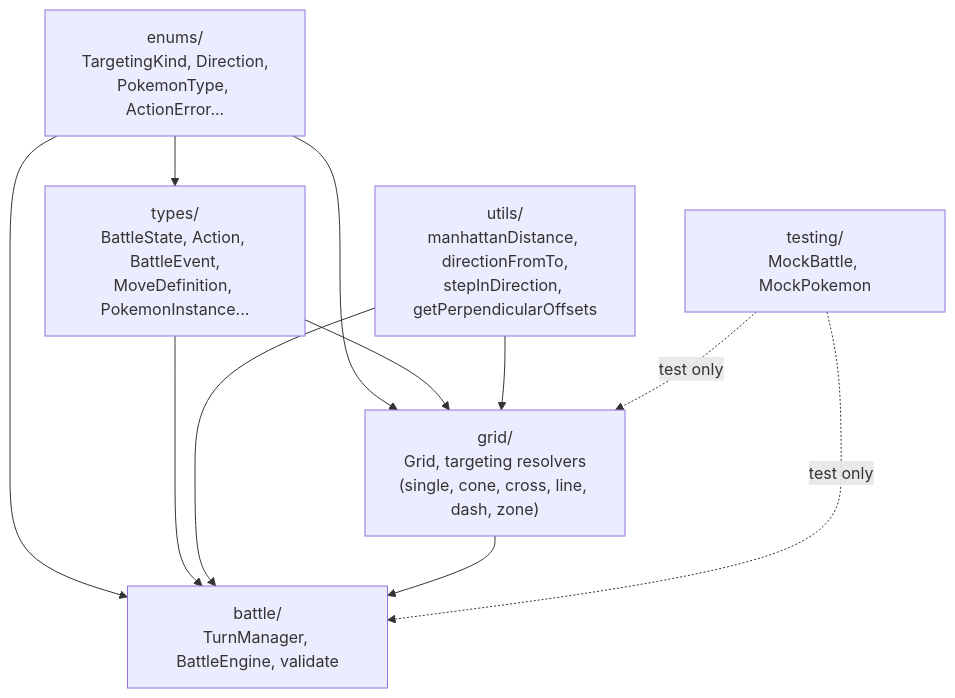
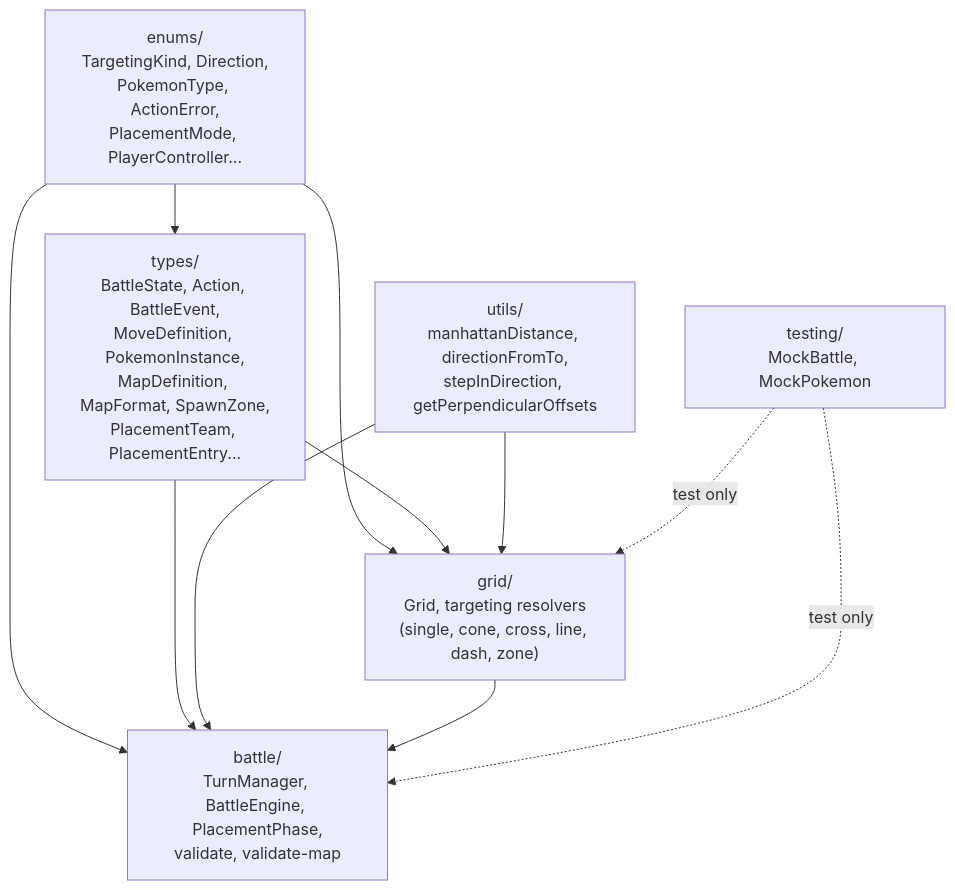
One commit to kekel87/pokemon-tactics changed the second of 4 diagrams in docs/architecture.md. Above: the diagram before and after it, drawn with Mermaid. The commit also changed other lines of this file and 35 other files, not shown here.

Commit message:
feat(core,renderer): carte avec zones de spawn et placement interactif en alternance serpent (plan 013)

````diff
--- a/docs/architecture.md
+++ b/docs/architecture.md
@@ -147,20 +147,20 @@
 ```mermaid
 graph TD
-    enums["enums/<br/>TargetingKind, Direction,<br/>PokemonType, ActionError..."]
-    types["types/<br/>BattleState, Action, BattleEvent,<br/>MoveDefinition, PokemonInstance..."]
+    enums["enums/<br/>TargetingKind, Direction,<br/>PokemonType, ActionError,<br/>PlacementMode, PlayerController..."]
+    types["types/<br/>BattleState, Action, BattleEvent,<br/>MoveDefinition, PokemonInstance,<br/>MapDefinition, MapFormat, SpawnZone,<br/>PlacementTeam, PlacementEntry..."]
     utils["utils/<br/>manhattanDistance, directionFromTo,<br/>stepInDirection, getPerpendicularOffsets"]
     grid["grid/<br/>Grid, targeting resolvers<br/>(single, cone, cross, line, dash, zone)"]
-    battle["battle/<br/>TurnManager, BattleEngine, validate"]
+    battle["battle/<br/>TurnManager, BattleEngine, PlacementPhase,<br/>validate, validate-map"]
     testing["testing/<br/>MockBattle, MockPokemon"]
 
     enums --> types
     enums --> grid
     enums --> battle
     types --> grid
     types --> battle
     utils --> grid
     utils --> battle
     grid --> battle
     testing -.->|test only| battle
     testing -.->|test only| grid
 ```
````
